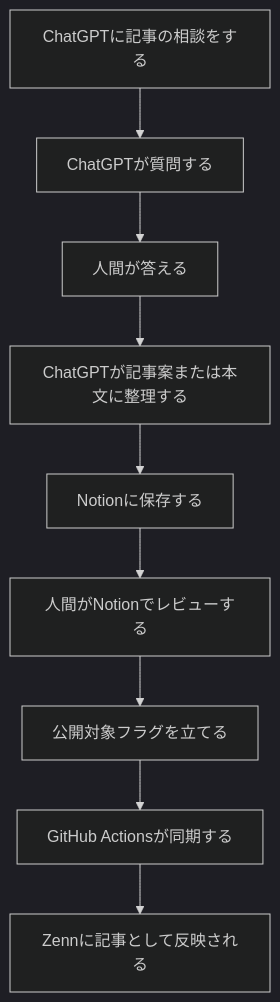
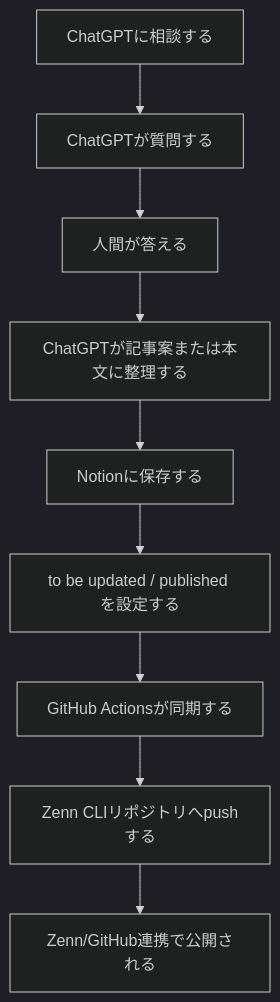
Before and after one commit to gen740/zenn: the first of 3 diagrams in articles/392c9702-a775-8101-9cec-d49b4240186e.md, drawn with Mermaid (dark theme). The commit also changed other lines of this file and 1 other file, not shown here.

````diff
--- a/articles/392c9702-a775-8101-9cec-d49b4240186e.md
+++ b/articles/392c9702-a775-8101-9cec-d49b4240186e.md
@@ -33,11 +34,11 @@
 ```mermaid
 flowchart TD
-    A[ChatGPTに記事の相談をする] --> B[ChatGPTが質問する]
+    A[ChatGPTに相談する] --> B[ChatGPTが質問する]
     B --> C[人間が答える]
     C --> D[ChatGPTが記事案または本文に整理する]
     D --> E[Notionに保存する]
-    E --> F[人間がNotionでレビューする]
-    F --> G[公開対象フラグを立てる]
-    G --> H[GitHub Actionsが同期する]
-    H --> I[Zennに記事として反映される]
+    E --> F[to be updated / published を設定する]
+    F --> G[GitHub Actionsが同期する]
+    G --> H[Zenn CLIリポジトリへpushする]
+    H --> I[Zenn/GitHub連携で公開される]
 ```
````
